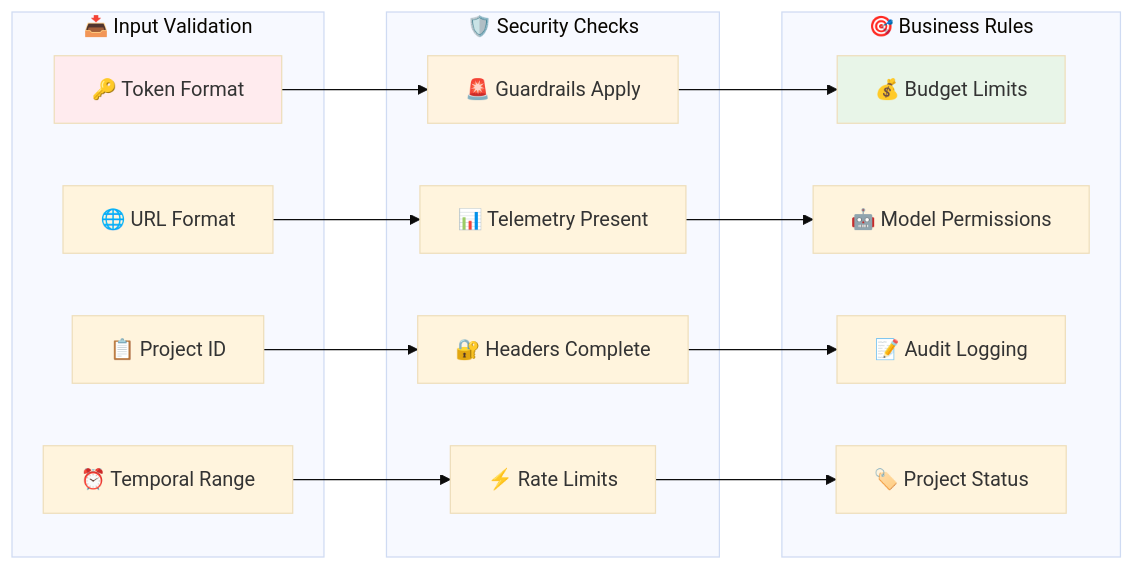
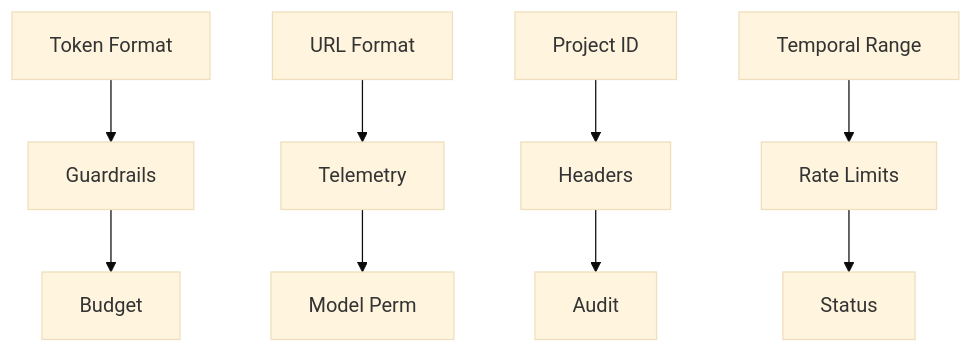
One commit to jowpereira/bradax changed diagram 16 of 16 in ARCHITECTURE_MEMORY.md. Above: the diagram before and after it, drawn with Mermaid (base theme). The commit also changed other lines of this file and 22 other files, not shown here.

First line of the commit message:
feat: add budget_remaining to project configurations in projects.json

````diff
--- a/ARCHITECTURE_MEMORY.md
+++ b/ARCHITECTURE_MEMORY.md
@@ -902,37 +767,11 @@
 ```mermaid
-graph LR
-    subgraph "📥 Input Validation"
-        V1[🔑 Token Format]
-        V2[🌐 URL Format]
-        V3[📋 Project ID]
-        V4[⏰ Temporal Range]
-    end
-    
-    subgraph "🛡️ Security Checks"  
-        S1[🚨 Guardrails Apply]
-        S2[📊 Telemetry Present]
-        S3[🔐 Headers Complete]
-        S4[⚡ Rate Limits]
-    end
-    
-    subgraph "🎯 Business Rules"
-        B1[💰 Budget Limits]
-        B2[🤖 Model Permissions]
-        B3[📝 Audit Logging]
-        B4[🏷️ Project Status]
-    end
-    
-    V1 --> S1
-    V2 --> S2
-    V3 --> S3
-    V4 --> S4
-    
-    S1 --> B1
-    S2 --> B2
-    S3 --> B3
-    S4 --> B4
-    
-    style V1 fill:#ffebee
-    style S1 fill:#fff3e0
-    style B1 fill:#e8f5e8
+graph TB
+    V1[Token Format] --> S1[Guardrails]
+    V2[URL Format] --> S2[Telemetry]
+    V3[Project ID] --> S3[Headers]
+    V4[Temporal Range] --> S4[Rate Limits]
+    S1 --> B1[Budget]
+    S2 --> B2[Model Perm]
+    S3 --> B3[Audit]
+    S4 --> B4[Status]
 ```
````
